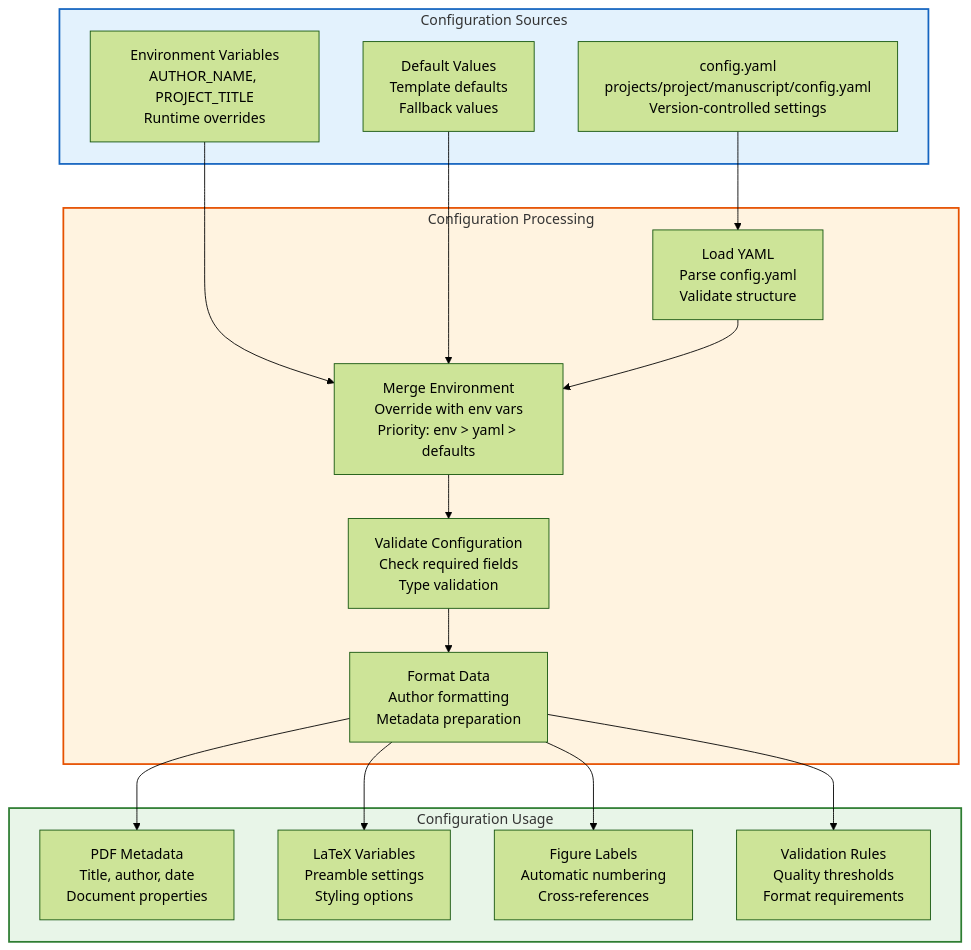
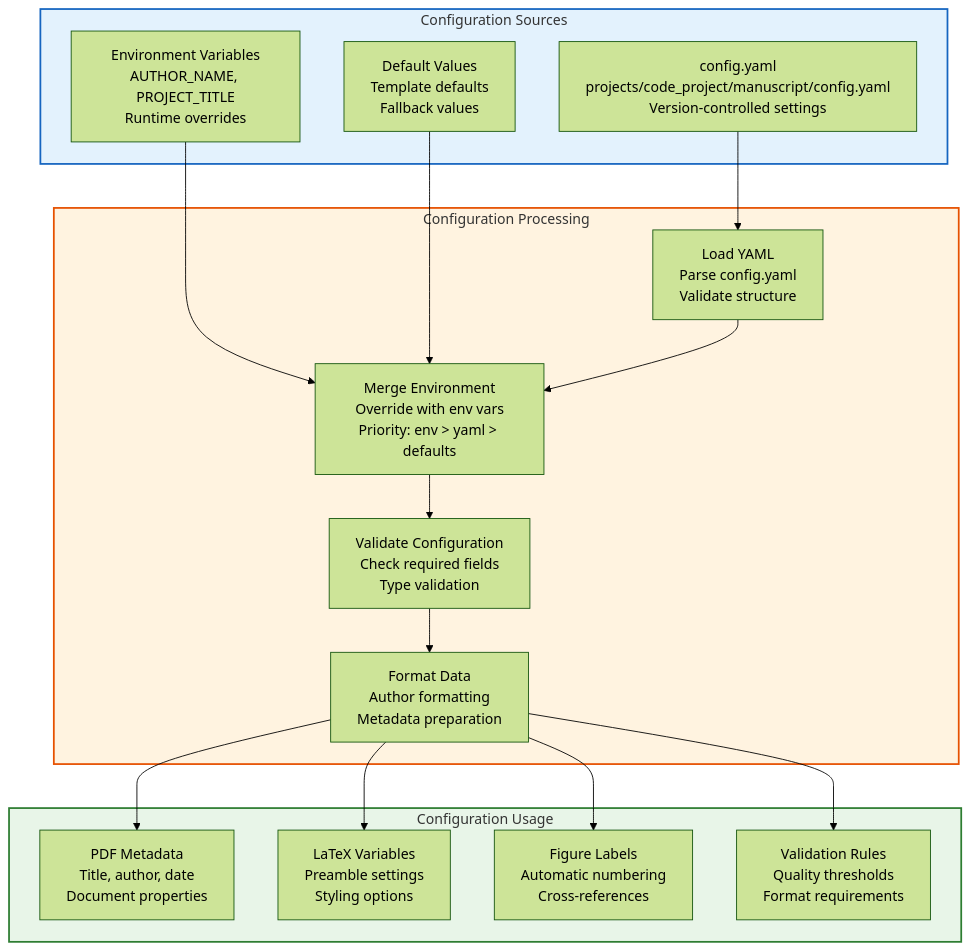
The tenth of 14 diagrams in README.md (docxology/template), drawn with Mermaid (forest theme) before and after one commit. The commit also changed other lines of this file and 120 other files, not shown here.

````diff
--- a/README.md
+++ b/README.md
@@ -673,41 +672,41 @@
 ```mermaid
 flowchart TD
     subgraph Sources["Configuration Sources"]
-        YAML_FILE[config.yaml\nprojects/project/manuscript/config.yaml\nVersion-controlled settings]
+        YAML_FILE[config.yaml\nprojects/code_project/manuscript/config.yaml\nVersion-controlled settings]
         ENV_VARS[Environment Variables\nAUTHOR_NAME, PROJECT_TITLE\nRuntime overrides]
         DEFAULTS[Default Values\nTemplate defaults\nFallback values]
     end
 
     subgraph Processing["Configuration Processing"]
         LOAD_YAML[Load YAML\nParse config.yaml\nValidate structure]
         MERGE_ENV[Merge Environment\nOverride with env vars\nPriority: env > yaml > defaults]
         VALIDATE_CONFIG[Validate Configuration\nCheck required fields\nType validation]
         FORMAT_DATA[Format Data\nAuthor formatting\nMetadata preparation]
     end
 
     subgraph Usage["Configuration Usage"]
         PDF_METADATA[PDF Metadata\nTitle, author, date\nDocument properties]
         LATEX_VARS[LaTeX Variables\nPreamble settings\nStyling options]
         FIGURE_LABELS[Figure Labels\nAutomatic numbering\nCross-references]
         VALIDATION_RULES[Validation Rules\nQuality thresholds\nFormat requirements]
     end
 
     YAML_FILE --> LOAD_YAML
     ENV_VARS --> MERGE_ENV
     DEFAULTS --> MERGE_ENV
 
     LOAD_YAML --> MERGE_ENV --> VALIDATE_CONFIG --> FORMAT_DATA
 
     FORMAT_DATA --> PDF_METADATA
     FORMAT_DATA --> LATEX_VARS
     FORMAT_DATA --> FIGURE_LABELS
     FORMAT_DATA --> VALIDATION_RULES
 
     classDef sources fill:#e3f2fd,stroke:#1565c0,stroke-width:2px
     classDef processing fill:#fff3e0,stroke:#e65100,stroke-width:2px
     classDef usage fill:#e8f5e8,stroke:#2e7d32,stroke-width:2px
 
     class Sources sources
     class Processing processing
     class Usage usage
 ```
````
